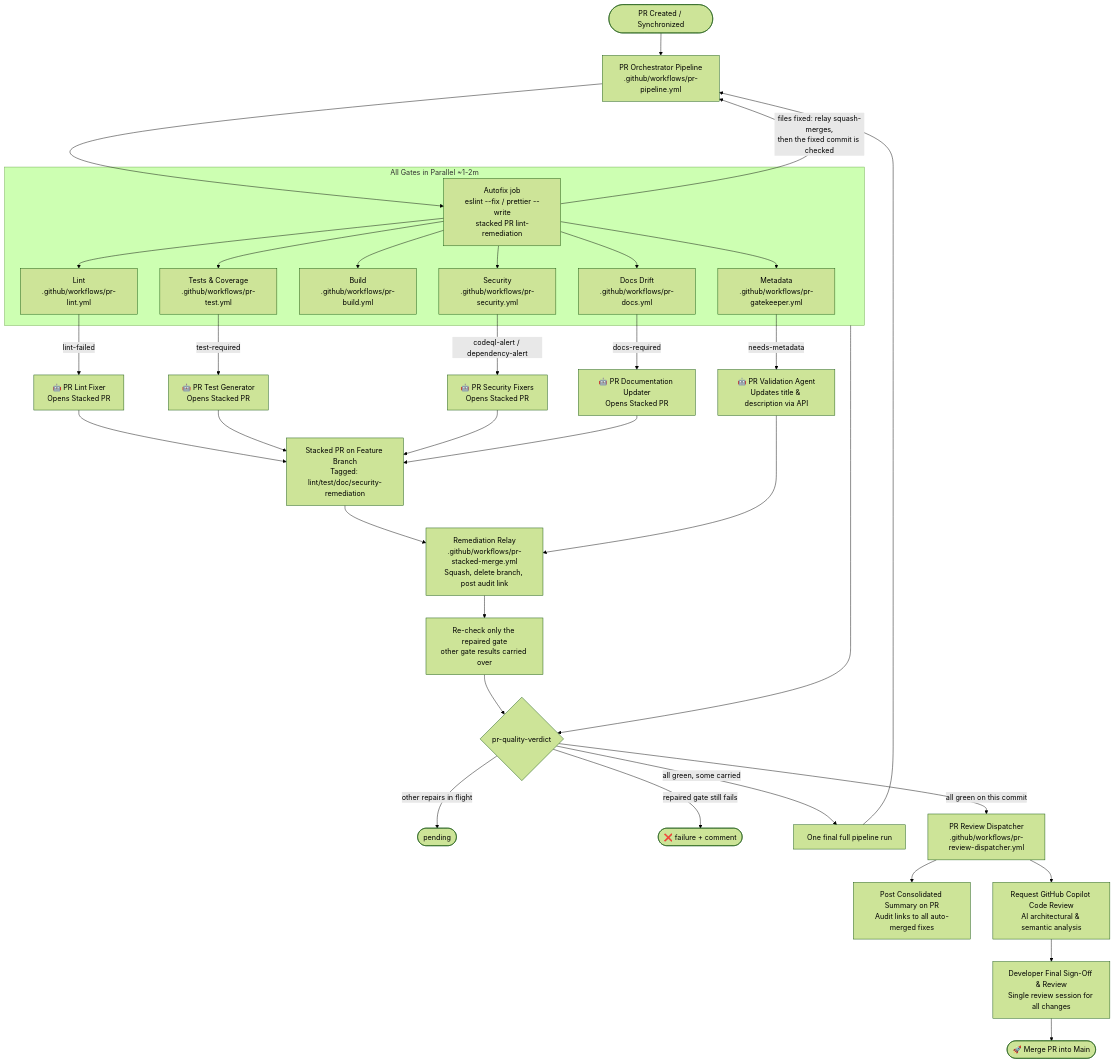
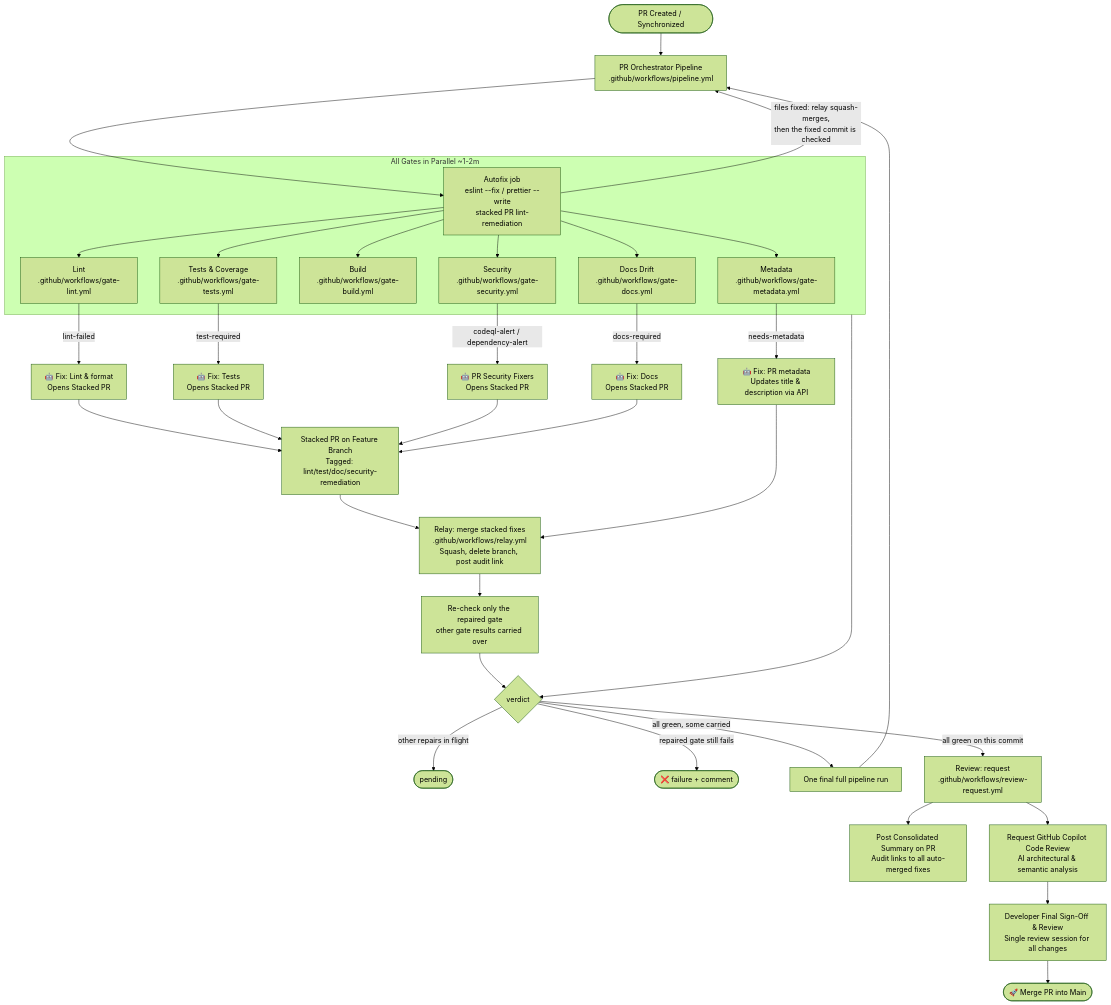
One commit to SitoaderOrg/ForgeFlow changed the diagram in docs/mermaid/autonomous_remediation_loops.mermaid. Above: the diagram before and after it, drawn with Mermaid (forest theme). The commit also changed 89 other files, not shown here.

First line of the commit message:
refactor(ci): name workflows by role (pipeline, gate-*, fix-*, relay, review-*)

```diff
--- a/docs/mermaid/autonomous_remediation_loops.mermaid
+++ b/docs/mermaid/autonomous_remediation_loops.mermaid
@@ -1,37 +1,37 @@
 flowchart TD
-    Start([PR Created / Synchronized]) --> Pipeline[PR Orchestrator Pipeline\n.github/workflows/pr-pipeline.yml]
+    Start([PR Created / Synchronized]) --> Pipeline[PR Orchestrator Pipeline\n.github/workflows/pipeline.yml]
     Pipeline --> Autofix[Autofix job\neslint --fix / prettier --write\nstacked PR lint-remediation]
     Autofix -->|files fixed: relay squash-merges,\nthen the fixed commit is checked| Pipeline
 
     subgraph Parallel [All Gates in Parallel ~1-2m]
-        Autofix --> Gate[Metadata\n.github/workflows/pr-gatekeeper.yml]
-        Autofix --> Lint[Lint\n.github/workflows/pr-lint.yml]
-        Autofix --> Build[Build\n.github/workflows/pr-build.yml]
-        Autofix --> Test[Tests & Coverage\n.github/workflows/pr-test.yml]
-        Autofix --> Sec[Security\n.github/workflows/pr-security.yml]
-        Autofix --> DocEval[Docs Drift\n.github/workflows/pr-docs.yml]
+        Autofix --> Gate[Metadata\n.github/workflows/gate-metadata.yml]
+        Autofix --> Lint[Lint\n.github/workflows/gate-lint.yml]
+        Autofix --> Build[Build\n.github/workflows/gate-build.yml]
+        Autofix --> Test[Tests & Coverage\n.github/workflows/gate-tests.yml]
+        Autofix --> Sec[Security\n.github/workflows/gate-security.yml]
+        Autofix --> DocEval[Docs Drift\n.github/workflows/gate-docs.yml]
     end
 
     %% Direct fix loop (no stacked PR)
-    Gate -->|needs-metadata| AgentMeta[🤖 PR Validation Agent\nUpdates title & description via API]
+    Gate -->|needs-metadata| AgentMeta[🤖 Fix: PR metadata\nUpdates title & description via API]
 
     %% Stacked PR remediation loops (auto-merged), dispatched at the same time
-    Lint -->|lint-failed| AgentLint[🤖 PR Lint Fixer\nOpens Stacked PR]
-    Test -->|test-required| AgentTest[🤖 PR Test Generator\nOpens Stacked PR]
+    Lint -->|lint-failed| AgentLint[🤖 Fix: Lint & format\nOpens Stacked PR]
+    Test -->|test-required| AgentTest[🤖 Fix: Tests\nOpens Stacked PR]
     Sec -->|codeql-alert / dependency-alert| AgentSec[🤖 PR Security Fixers\nOpens Stacked PR]
-    DocEval -->|docs-required| AgentDoc[🤖 PR Documentation Updater\nOpens Stacked PR]
+    DocEval -->|docs-required| AgentDoc[🤖 Fix: Docs\nOpens Stacked PR]
 
     AgentLint & AgentTest & AgentSec & AgentDoc --> StackedPR[Stacked PR on Feature Branch\nTagged: lint/test/doc/security-remediation]
-    StackedPR --> AutoMerge[Remediation Relay\n.github/workflows/pr-stacked-merge.yml\nSquash, delete branch, post audit link]
+    StackedPR --> AutoMerge[Relay: merge stacked fixes\n.github/workflows/relay.yml\nSquash, delete branch, post audit link]
     AgentMeta --> AutoMerge
     AutoMerge --> Recheck[Re-check only the repaired gate\nother gate results carried over]
 
-    Parallel & Recheck --> Verdict{pr-quality-verdict}
+    Parallel & Recheck --> Verdict{verdict}
     Verdict -->|other repairs in flight| Wait([pending])
     Verdict -->|repaired gate still fails| Fail([❌ failure + comment])
     Verdict -->|all green, some carried| Final[One final full pipeline run] --> Pipeline
-    Verdict -->|all green on this commit| Stage4[PR Review Dispatcher\n.github/workflows/pr-review-dispatcher.yml]
+    Verdict -->|all green on this commit| Stage4[Review: request\n.github/workflows/review-request.yml]
     Stage4 --> PostSummary[Post Consolidated Summary on PR\nAudit links to all auto-merged fixes]
     Stage4 --> AICodeReview[Request GitHub Copilot Code Review\nAI architectural & semantic analysis]
     AICodeReview --> HumanReview[Developer Final Sign-Off & Review\nSingle review session for all changes]
     HumanReview --> Merge([🚀 Merge PR into Main])
```
